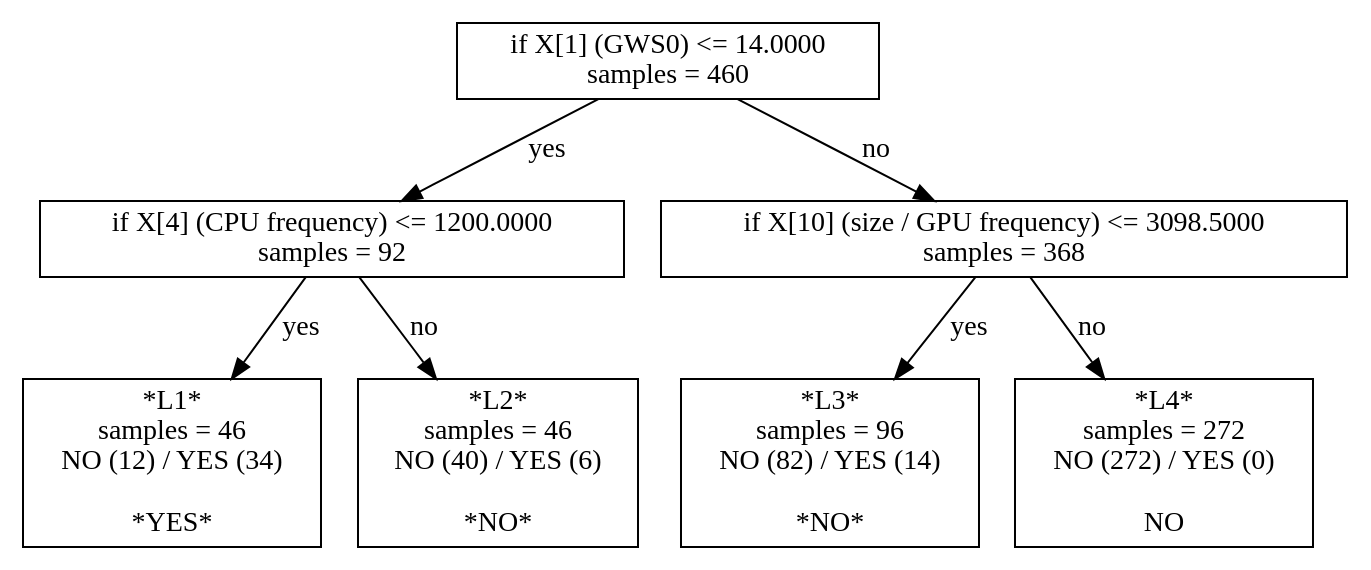
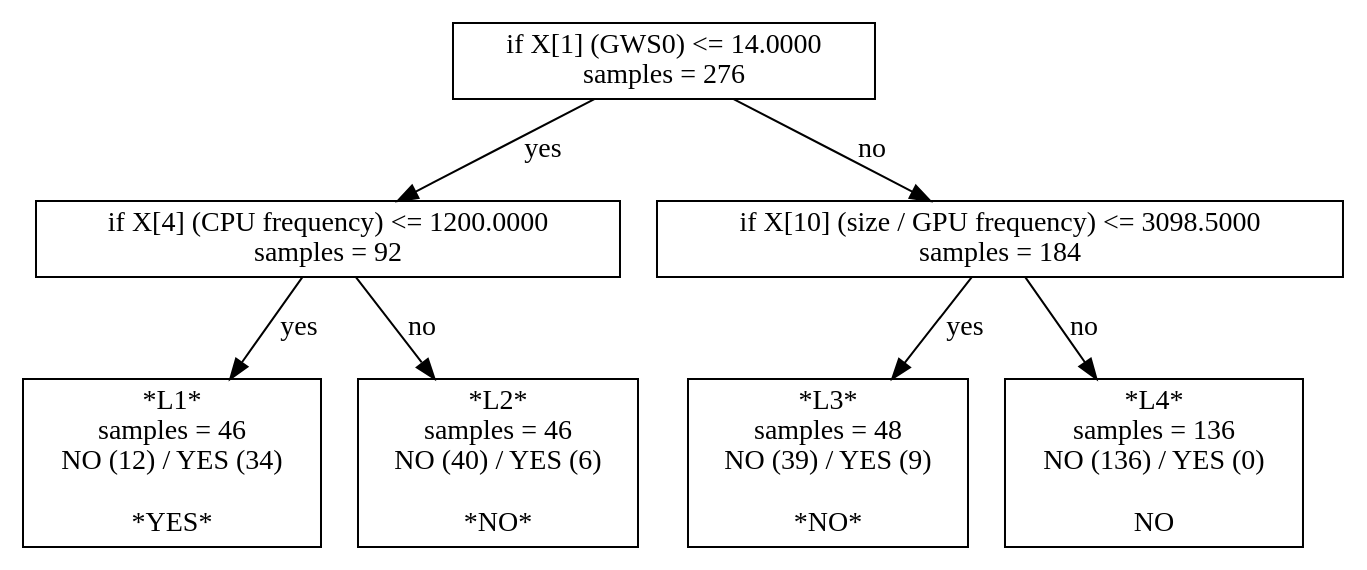
One commit to ctuning/reproduce-ck-paper-large-experiments changed the diagram in script/reproduce-hog-modeling/t628-third-set-of-features-depth2/model-sklearn-dtc.model.dot. Above: the diagram before and after it, drawn with Graphviz. The commit also changed 924 other files, not shown here.

Commit message:
new experiments, graphs and predictive models for run-time adaptation; predictive scheduling and active learning

```diff
--- a/script/reproduce-hog-modeling/t628-third-set-of-features-depth2/model-sklearn-dtc.model.dot
+++ b/script/reproduce-hog-modeling/t628-third-set-of-features-depth2/model-sklearn-dtc.model.dot
@@ -1,15 +1,15 @@
 digraph Tree {
-0 [label="if X[1] (GWS0) <= 14.0000\nsamples = 460", shape="box"] ;
+0 [label="if X[1] (GWS0) <= 14.0000\nsamples = 276", shape="box"] ;
 1 [label="if X[4] (CPU frequency) <= 1200.0000\nsamples = 92", shape="box"] ;
 0 -> 1 [label="yes"];
 2 [label="*L1*\nsamples = 46\nNO (12) / YES (34)\n\n*YES*", shape="box"] ;
 1 -> 2 [label="yes"];
 3 [label="*L2*\nsamples = 46\nNO (40) / YES (6)\n\n*NO*", shape="box"] ;
 1 -> 3 [label="no"];
-4 [label="if X[10] (size / GPU frequency) <= 3098.5000\nsamples = 368", shape="box"] ;
+4 [label="if X[10] (size / GPU frequency) <= 3098.5000\nsamples = 184", shape="box"] ;
 0 -> 4 [label="no"];
-5 [label="*L3*\nsamples = 96\nNO (82) / YES (14)\n\n*NO*", shape="box"] ;
+5 [label="*L3*\nsamples = 48\nNO (39) / YES (9)\n\n*NO*", shape="box"] ;
 4 -> 5 [label="yes"];
-6 [label="*L4*\nsamples = 272\nNO (272) / YES (0)\n\nNO", shape="box"] ;
+6 [label="*L4*\nsamples = 136\nNO (136) / YES (0)\n\nNO", shape="box"] ;
 4 -> 6 [label="no"];
 }
```
